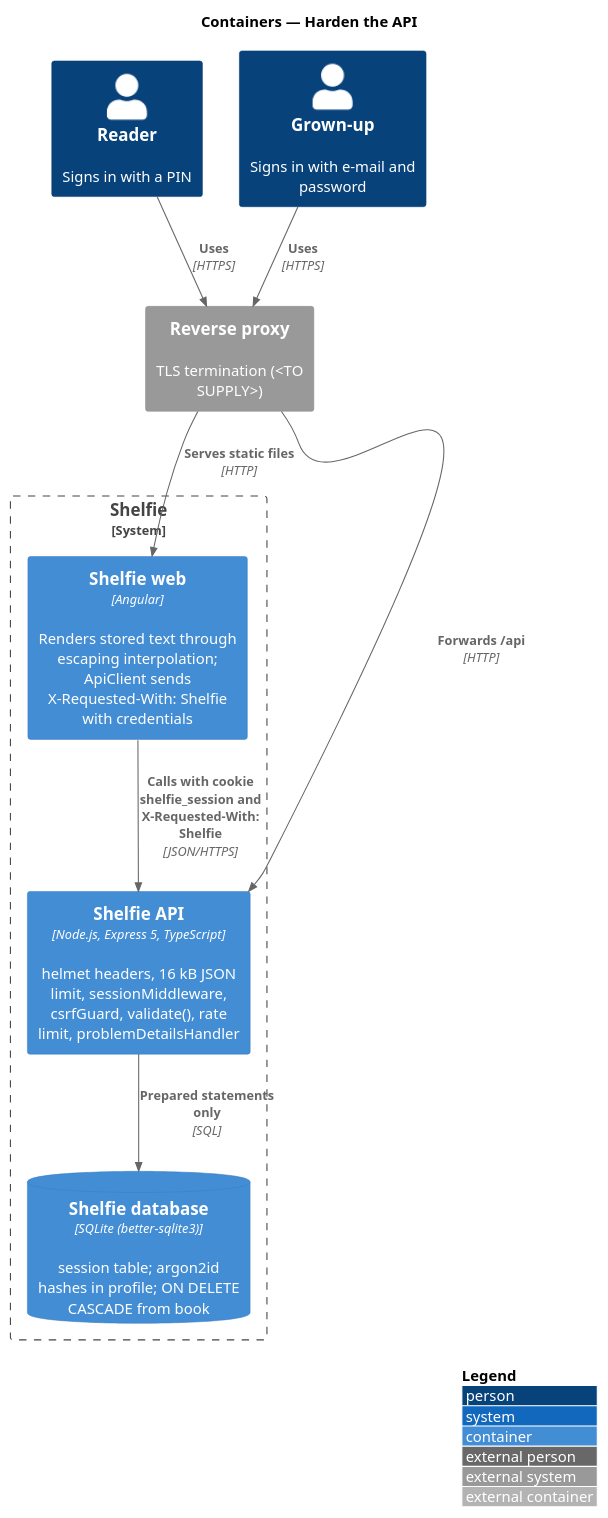
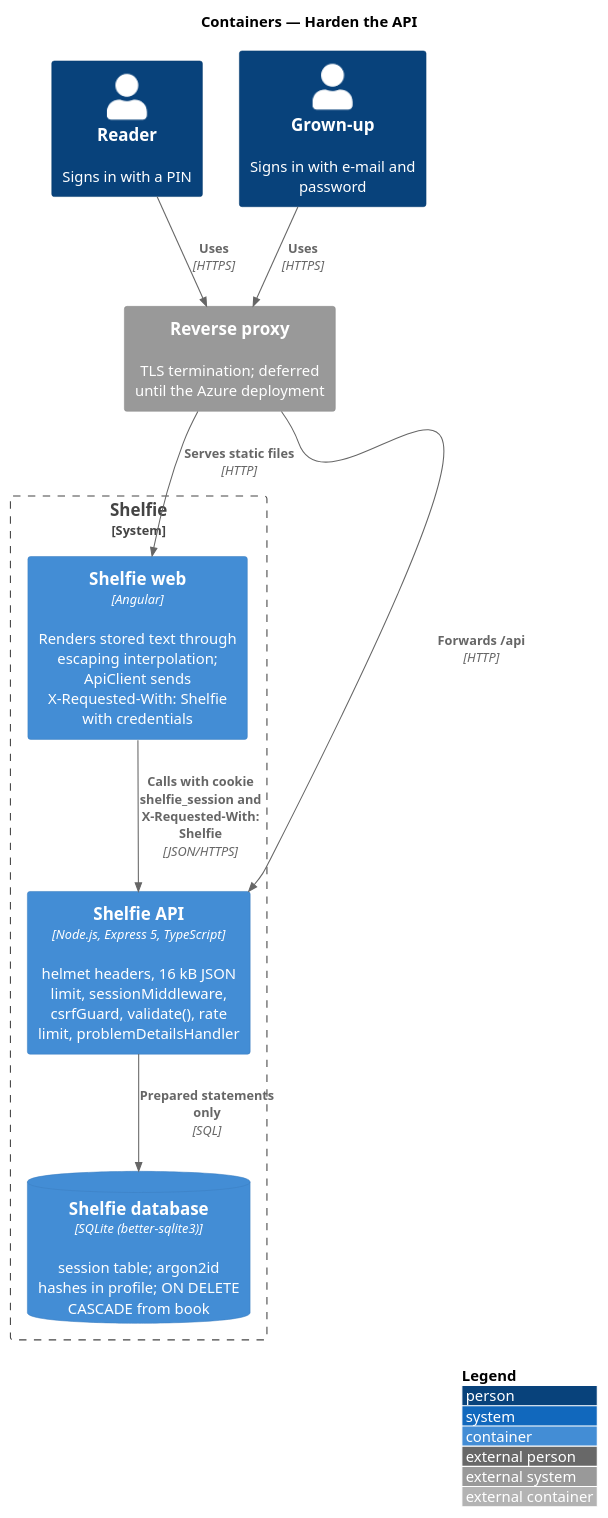
Before and after one commit to QuinntyneBrown/shelfie: the diagram in docs/detailed-designs/platform/harden-api/diagrams/c4-container.puml, drawn with PlantUML. The commit also changed 27 other files, not shown here.

```diff
--- a/docs/detailed-designs/platform/harden-api/diagrams/c4-container.puml
+++ b/docs/detailed-designs/platform/harden-api/diagrams/c4-container.puml
@@ -1,20 +1,20 @@
 @startuml
 !include <C4/C4_Container>
 LAYOUT_WITH_LEGEND()
 title Containers — Harden the API
 
 Person(reader, "Reader", "Signs in with a PIN")
 Person(grownUp, "Grown-up", "Signs in with e-mail and password")
-System_Ext(proxy, "Reverse proxy", "TLS termination (<TO SUPPLY>)")
+System_Ext(proxy, "Reverse proxy", "TLS termination; deferred until the Azure deployment")
 System_Boundary(shelfie, "Shelfie") {
   Container(web, "Shelfie web", "Angular", "Renders stored text through escaping interpolation; ApiClient sends X-Requested-With: Shelfie with credentials")
   Container(api, "Shelfie API", "Node.js, Express 5, TypeScript", "helmet headers, 16 kB JSON limit, sessionMiddleware, csrfGuard, validate(), rate limit, problemDetailsHandler")
   ContainerDb(db, "Shelfie database", "SQLite (better-sqlite3)", "session table; argon2id hashes in profile; ON DELETE CASCADE from book")
 }
 Rel(reader, proxy, "Uses", "HTTPS")
 Rel(grownUp, proxy, "Uses", "HTTPS")
 Rel(proxy, web, "Serves static files", "HTTP")
 Rel(proxy, api, "Forwards /api", "HTTP")
 Rel(web, api, "Calls with cookie shelfie_session and X-Requested-With: Shelfie", "JSON/HTTPS")
 Rel(api, db, "Prepared statements only", "SQL")
 @enduml
```
